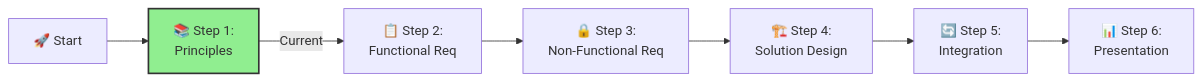
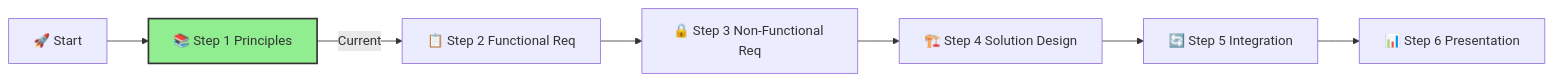
The first of 11 diagrams in docs/02-agent/ifs-agent-step1-principles.md (briandenicola/xlr8-e2eaisolutions), drawn with Mermaid before and after one commit. The commit also changed other lines of this file and 17 other files, not shown here.

````diff
--- a/docs/02-agent/ifs-agent-step1-principles.md
+++ b/docs/02-agent/ifs-agent-step1-principles.md
@@ -21,10 +25,10 @@
 ```mermaid
 flowchart LR
-    A[🚀 Start] --> B[📚 Step 1:\nPrinciples]
-    B -->|Current| C[📋 Step 2:\nFunctional Req]
-    C --> D[🔒 Step 3:\nNon-Functional Req]
-    D --> E[🏗️ Step 4:\nSolution Design]
-    E --> F[🔄 Step 5:\nIntegration]
-    F --> G[📊 Step 6:\nPresentation]
+    A[🚀 Start] --> B[📚 Step 1 Principles]
+    B -->|Current| C[📋 Step 2 Functional Req]
+    C --> D[🔒 Step 3 Non-Functional Req]
+    D --> E[🏗️ Step 4 Solution Design]
+    E --> F[🔄 Step 5 Integration]
+    F --> G[📊 Step 6 Presentation]
     style B fill:#90EE90,stroke:#333,stroke-width:2px
 ```
````
